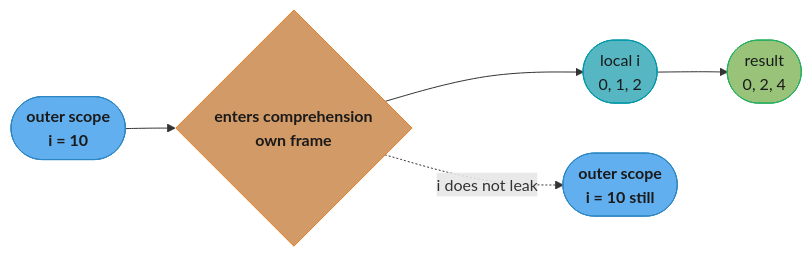
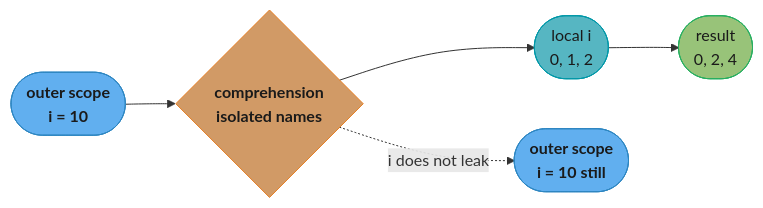
Before and after one commit to rppol/system-design: the fourth of 6 diagrams in src/main/java/com/rutik/systemdesign/python/core_language_idioms/README.md, drawn with Mermaid. The commit also changed other lines of this file and 6 other files, not shown here.

````diff
--- a/src/main/java/com/rutik/systemdesign/python/core_language_idioms/README.md
+++ b/src/main/java/com/rutik/systemdesign/python/core_language_idioms/README.md
@@ -162,20 +162,20 @@
 ```mermaid
 flowchart LR
     classDef io      fill:#61afef,stroke:#2e86c1,color:#1a1a1a,font-weight:bold
     classDef frozen  fill:#c678dd,stroke:#9b59b6,color:#fff
     classDef train   fill:#98c379,stroke:#27ae60,color:#1a1a1a
     classDef mathOp  fill:#d19a66,stroke:#e67e22,color:#1a1a1a,font-weight:bold
     classDef lossN   fill:#e06c75,stroke:#c0392b,color:#fff,font-weight:bold
     classDef req     fill:#56b6c2,stroke:#0097a7,color:#1a1a1a
     classDef base    fill:#e5c07b,stroke:#f39c12,color:#1a1a1a
 
-    outerBefore(["outer scope<br/>i = 10"]) --> barrier{"enters comprehension<br/>own frame"}
+    outerBefore(["outer scope<br/>i = 10"]) --> barrier{"comprehension<br/>isolated names"}
     barrier --> innerI(["local i<br/>0, 1, 2"])
     innerI --> resultList(["result<br/>0, 2, 4"])
     barrier -.->|"i does not leak"| outerAfter(["outer scope<br/>i = 10 still"])
 
     class outerBefore,outerAfter io
     class barrier mathOp
     class innerI req
     class resultList train
 ```
````
